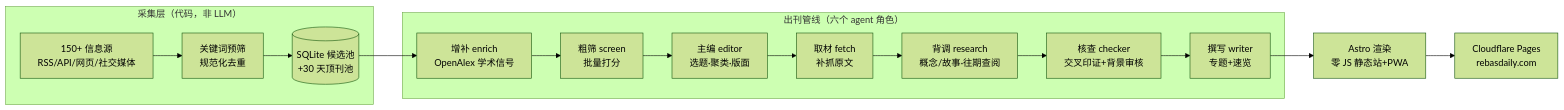
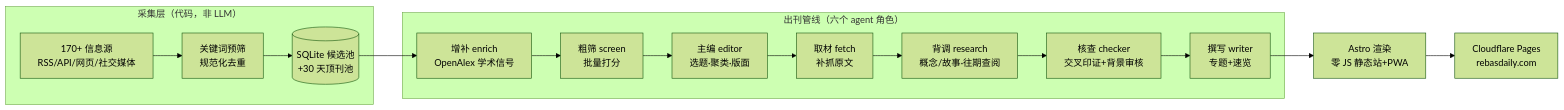
Before and after one commit to Rebas9512/rebas-daily: the diagram in README.md, drawn with Mermaid (forest theme). The commit also changed other lines of this file and 1 other file, not shown here.

Commit message:
文档对齐：README 信息源 170+ 并补趋势/盘口信号层介绍，OPERATIONS 测试数 144

````diff
--- a/README.md
+++ b/README.md
@@ -28,10 +28,10 @@
 ```mermaid
 flowchart LR
     subgraph 采集层["采集层（代码，非 LLM）"]
-        A[150+ 信息源<br>RSS/API/网页/社交媒体] --> B[关键词预筛<br>规范化去重] --> C[(SQLite 候选池<br>+30 天顶刊池)]
+        A[170+ 信息源<br>RSS/API/网页/社交媒体] --> B[关键词预筛<br>规范化去重] --> C[(SQLite 候选池<br>+30 天顶刊池)]
     end
     subgraph 编辑部["出刊管线（六个 agent 角色）"]
         C --> E[增补 enrich<br>OpenAlex 学术信号] --> F[粗筛 screen<br>批量打分] --> G[主编 editor<br>选题·聚类·版面] --> H[取材 fetch<br>补抓原文] --> I[背调 research<br>概念/故事·往期查阅] --> J[核查 checker<br>交叉印证+背景审核] --> K[撰写 writer<br>专题+速览]
     end
     K --> L[Astro 渲染<br>零 JS 静态站+PWA] --> M[Cloudflare Pages<br>rebasdaily.com]
 ```
````
